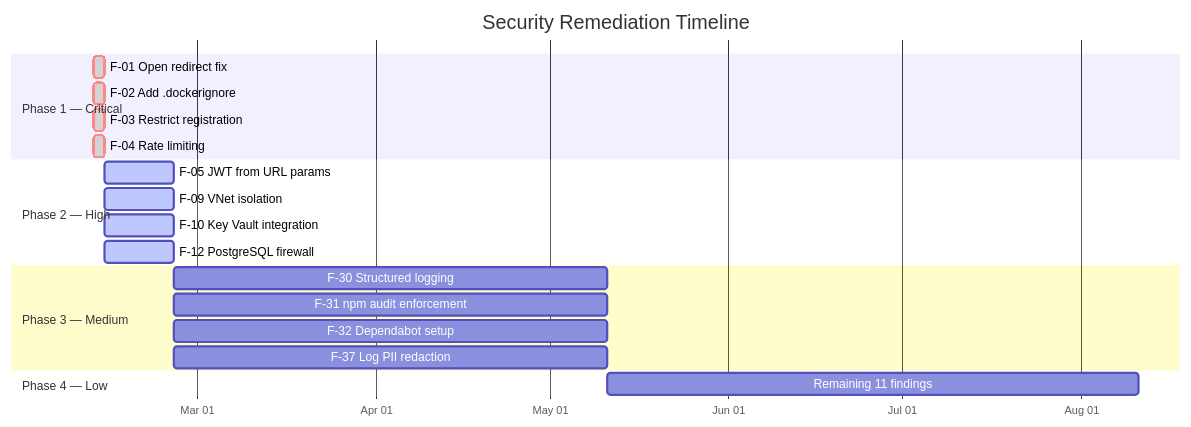
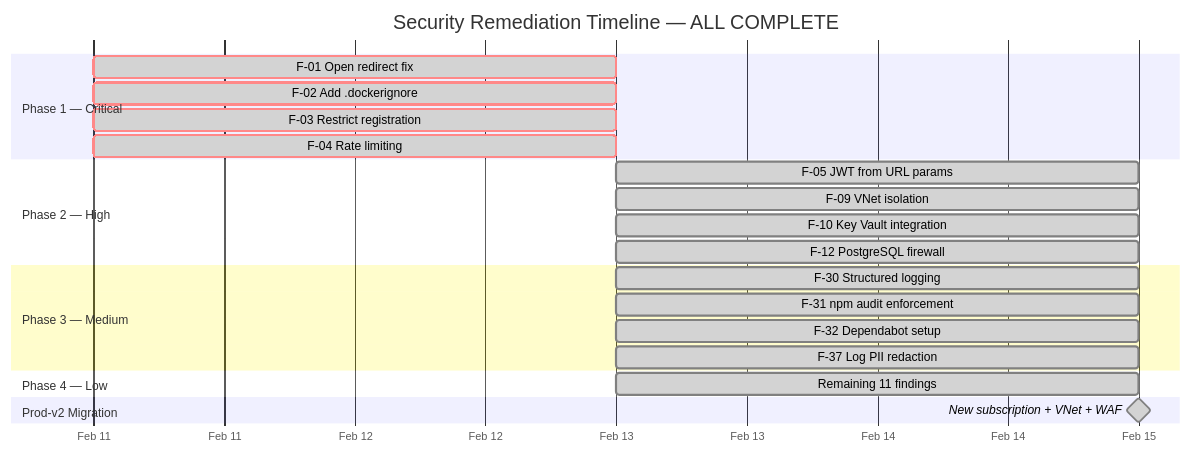
One commit to rime13-coder/confluence-documentation-framework changed the diagram in diagrams/dashboard-remediation-timeline.mmd. Above: the diagram before and after it, drawn with Mermaid. The commit also changed 20 other files, not shown here.

First line of the commit message:
Update all docs for 100% remediation complete — all 47 findings resolved via prod-v2 migration

```diff
--- a/diagrams/dashboard-remediation-timeline.mmd
+++ b/diagrams/dashboard-remediation-timeline.mmd
@@ -1,25 +1,28 @@
 gantt
-    title Security Remediation Timeline
+    title Security Remediation Timeline — ALL COMPLETE
     dateFormat YYYY-MM-DD
     axisFormat %b %d
 
     section Phase 1 — Critical
     F-01 Open redirect fix          :crit, done, p1a, 2026-02-11, 2026-02-13
     F-02 Add .dockerignore          :crit, done, p1b, 2026-02-11, 2026-02-13
     F-03 Restrict registration      :crit, done, p1c, 2026-02-11, 2026-02-13
     F-04 Rate limiting              :crit, done, p1d, 2026-02-11, 2026-02-13
 
     section Phase 2 — High
-    F-05 JWT from URL params        :active, p2a, 2026-02-13, 2026-02-25
-    F-09 VNet isolation             :active, p2b, 2026-02-13, 2026-02-25
-    F-10 Key Vault integration      :active, p2c, 2026-02-13, 2026-02-25
-    F-12 PostgreSQL firewall        :active, p2d, 2026-02-13, 2026-02-25
+    F-05 JWT from URL params        :done, p2a, 2026-02-13, 2026-02-15
+    F-09 VNet isolation             :done, p2b, 2026-02-13, 2026-02-15
+    F-10 Key Vault integration      :done, p2c, 2026-02-13, 2026-02-15
+    F-12 PostgreSQL firewall        :done, p2d, 2026-02-13, 2026-02-15
 
     section Phase 3 — Medium
-    F-30 Structured logging         :p3a, 2026-02-25, 2026-05-11
-    F-31 npm audit enforcement      :p3b, 2026-02-25, 2026-05-11
-    F-32 Dependabot setup           :p3c, 2026-02-25, 2026-05-11
-    F-37 Log PII redaction          :p3d, 2026-02-25, 2026-05-11
+    F-30 Structured logging         :done, p3a, 2026-02-13, 2026-02-15
+    F-31 npm audit enforcement      :done, p3b, 2026-02-13, 2026-02-15
+    F-32 Dependabot setup           :done, p3c, 2026-02-13, 2026-02-15
+    F-37 Log PII redaction          :done, p3d, 2026-02-13, 2026-02-15
 
     section Phase 4 — Low
-    Remaining 11 findings           :p4a, 2026-05-11, 2026-08-11
+    Remaining 11 findings           :done, p4a, 2026-02-13, 2026-02-15
+
+    section Prod-v2 Migration
+    New subscription + VNet + WAF   :milestone, done, m1, 2026-02-15, 0d
```
